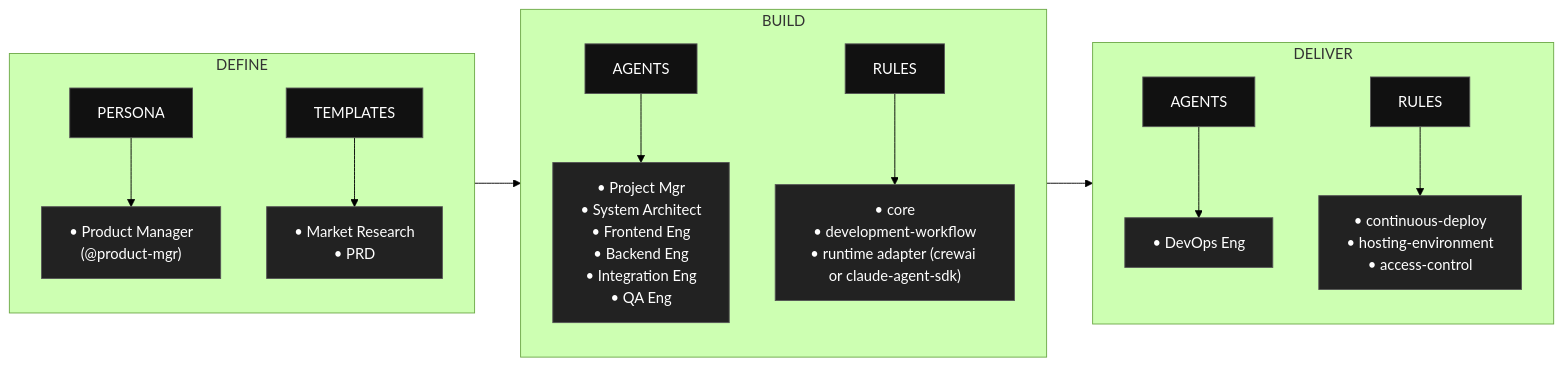
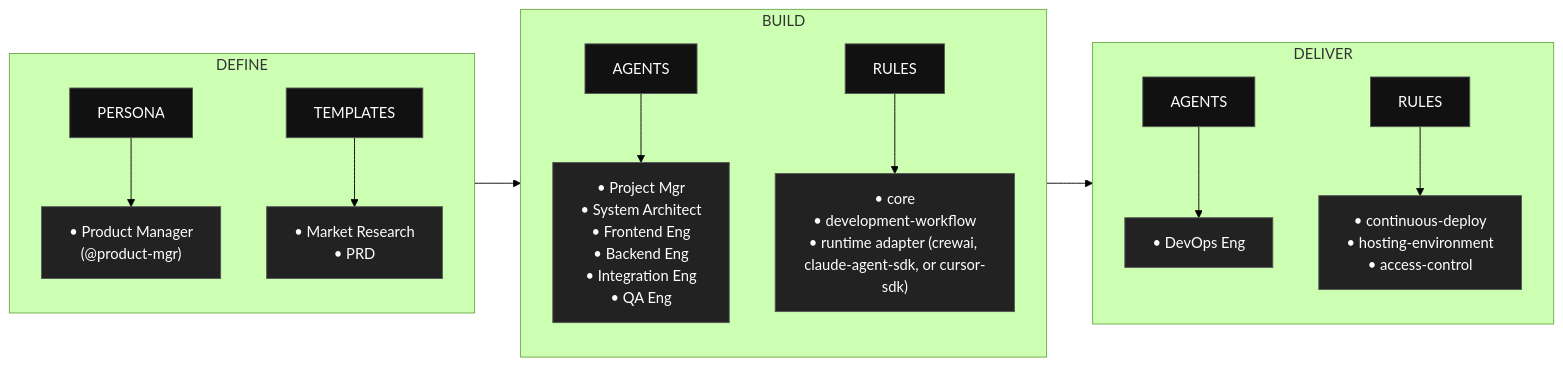
Before and after one commit to synaptic-ai-consulting/AAMAD: the diagram in README.md, drawn with Mermaid (forest theme). The commit also changed other lines of this file and 17 other files, not shown here.

First line of the commit message:
Release v0.5.0: cursor-sdk runtime adapter and docs refresh

````diff
--- a/README.md
+++ b/README.md
@@ -66,23 +60,23 @@
 ```mermaid
 flowchart LR
   %% AAMAD phases overview
   subgraph P1[DEFINE]
     D1H[ PERSONA ]:::hdr --> D1L["• Product Manager<br/>(@product-mgr)"]:::list
     D2H[TEMPLATES]:::hdr --> D2L["• Market Research<br/>• PRD"]:::list
   end
 
   subgraph P2[BUILD]
     B1H[AGENTS]:::hdr --> B1L["• Project Mgr<br/>• System Architect<br/>• Frontend Eng<br/>• Backend Eng<br/>• Integration Eng<br/>• QA Eng"]:::list
-    B2H[RULES]:::hdr --> B2L["• core<br/>• development‑workflow<br/>• runtime adapter (crewai or claude-agent-sdk)"]:::list
+    B2H[RULES]:::hdr --> B2L["• core<br/>• development‑workflow<br/>• runtime adapter (crewai, claude-agent-sdk, or cursor-sdk)"]:::list
   end
 
   subgraph P3[DELIVER]
     L1H[AGENTS]:::hdr --> L1L["• DevOps Eng"]:::list
     L2H[RULES]:::hdr --> L2L["• continuous‑deploy<br/>• hosting‑environment<br/>• access‑control"]:::list
   end
 
   P1 --> P2 --> P3
 
   classDef hdr fill:#111,stroke:#555,color:#fff;
   classDef list fill:#222,stroke:#555,color:#fff;
 ``` 
````
